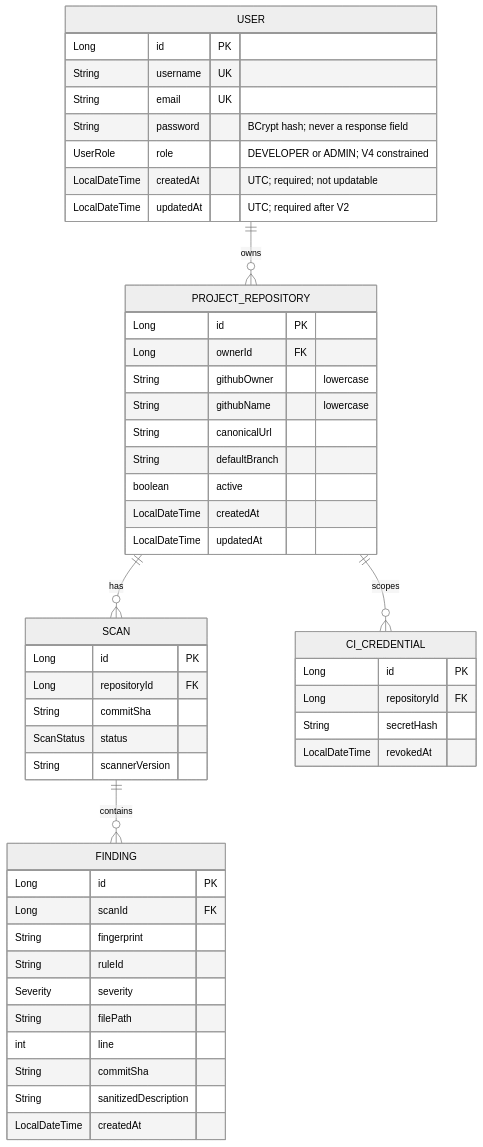
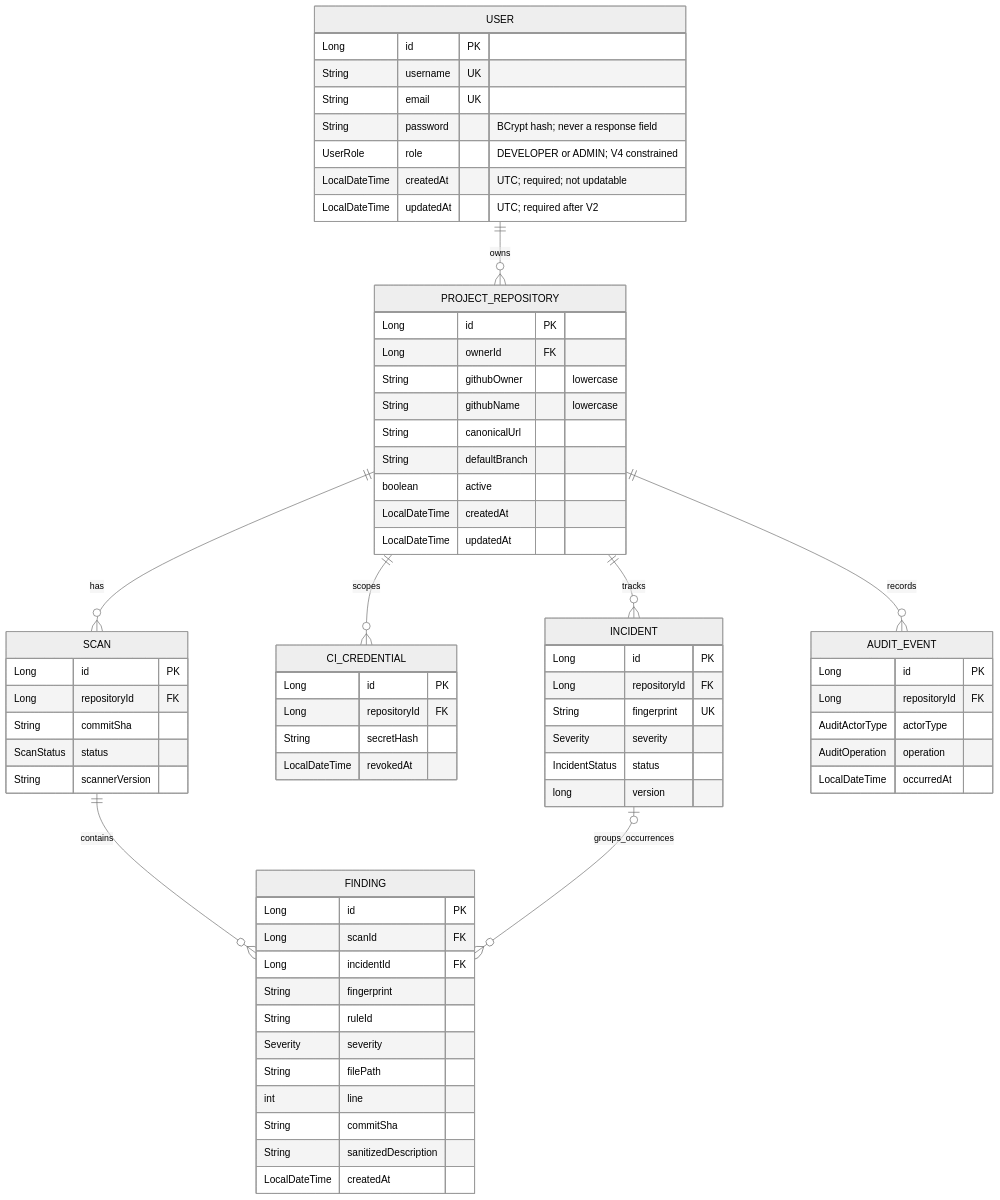
The first of 2 diagrams in docs/data-model.md (aasthashrimal/Secret-Shield), drawn with Mermaid (neutral theme) before and after one commit. The commit also changed other lines of this file and 39 other files, not shown here.

````diff
--- a/docs/data-model.md
+++ b/docs/data-model.md
@@ -30,52 +30,71 @@
 ```mermaid
 erDiagram
     USER ||--o{ PROJECT_REPOSITORY : owns
     USER {
         Long id PK
         String username UK
         String email UK
         String password "BCrypt hash; never a response field"
         UserRole role "DEVELOPER or ADMIN; V4 constrained"
         LocalDateTime createdAt "UTC; required; not updatable"
         LocalDateTime updatedAt "UTC; required after V2"
     }
     PROJECT_REPOSITORY {
         Long id PK
         Long ownerId FK
         String githubOwner "lowercase"
         String githubName "lowercase"
         String canonicalUrl
         String defaultBranch
         boolean active
         LocalDateTime createdAt
         LocalDateTime updatedAt
     }
     PROJECT_REPOSITORY ||--o{ SCAN : has
     PROJECT_REPOSITORY ||--o{ CI_CREDENTIAL : scopes
+    PROJECT_REPOSITORY ||--o{ INCIDENT : tracks
+    PROJECT_REPOSITORY ||--o{ AUDIT_EVENT : records
     SCAN ||--o{ FINDING : contains
+    INCIDENT o|--o{ FINDING : groups_occurrences
     SCAN {
         Long id PK
         Long repositoryId FK
         String commitSha
         ScanStatus status
         String scannerVersion
     }
     CI_CREDENTIAL {
         Long id PK
         Long repositoryId FK
         String secretHash
         LocalDateTime revokedAt
     }
     FINDING {
         Long id PK
         Long scanId FK
+        Long incidentId FK
         String fingerprint
         String ruleId
         Severity severity
         String filePath
         int line
         String commitSha
         String sanitizedDescription
         LocalDateTime createdAt
     }
+    INCIDENT {
+        Long id PK
+        Long repositoryId FK
+        String fingerprint UK
+        Severity severity
+        IncidentStatus status
+        long version
+    }
+    AUDIT_EVENT {
+        Long id PK
+        Long repositoryId FK
+        AuditActorType actorType
+        AuditOperation operation
+        LocalDateTime occurredAt
+    }
 ```
````
